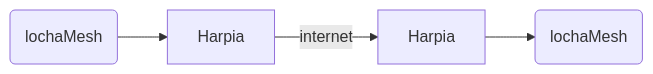
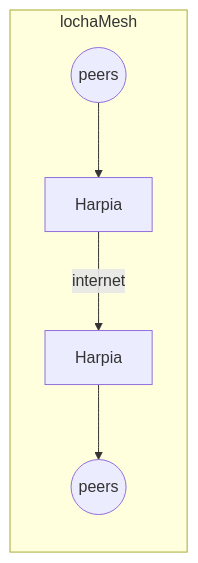
One commit to btcven/locha-mesh-app changed the diagram in README_ES.md. Above: the diagram before and after it, drawn with Mermaid. The commit also changed other lines of this file, not shown here.

Commit message:
added mermaid graph in the README_ES

````diff
--- a/README_ES.md
+++ b/README_ES.md
@@ -12,6 +12,10 @@
 ```mermaid
 graph LR
-mesh1(lochaMesh) --> a[Harpia]
+subgraph lochaMesh
+mesh1((peers)) --> a[Harpia]
+end
 a[Harpia]--internet--> b[Harpia]
-b[Harpia] --> mesh2(lochaMesh)
+subgraph lochaMesh
+b[Harpia] --> mesh2((peers))
+end
 ```
````
